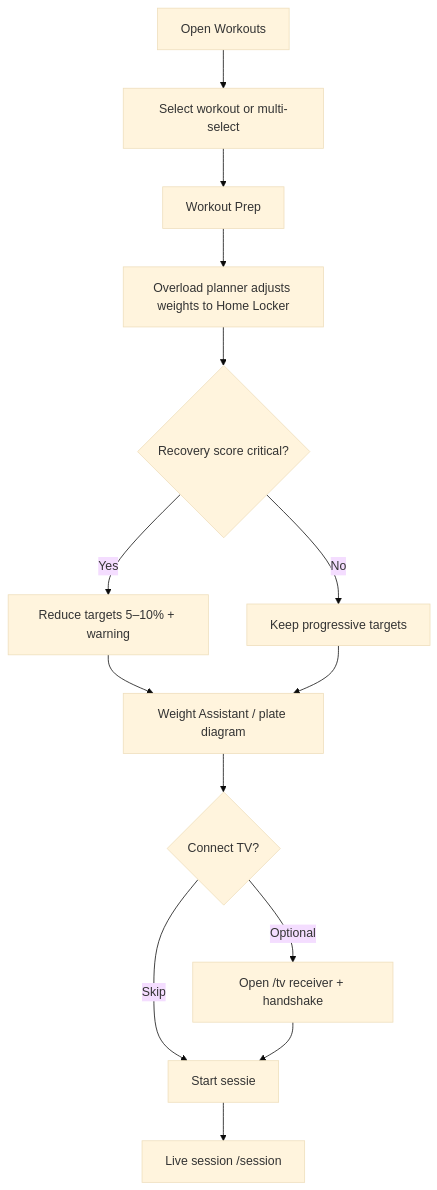
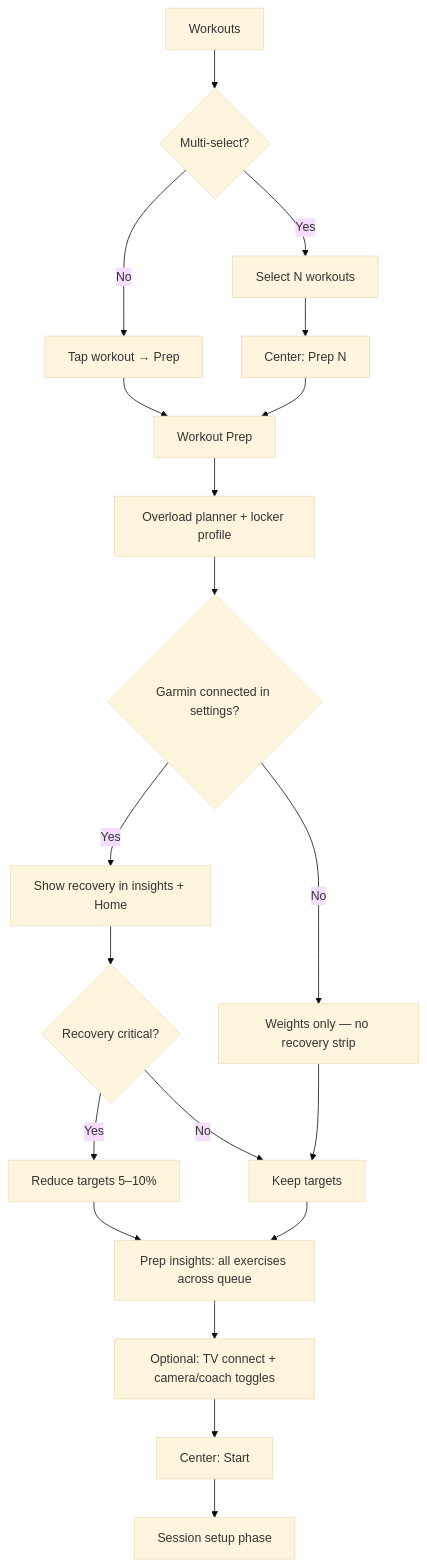
The second of 5 diagrams in ARCHITECTURE.md (ingmarstruijs/solo), drawn with Mermaid (base theme) before and after one commit. The commit also changed other lines of this file and 12 other files, not shown here.

First line of the commit message:
Refine session nav UX and sync architecture docs with README.

````diff
--- a/ARCHITECTURE.md
+++ b/ARCHITECTURE.md
@@ -30,16 +65,22 @@
 ```mermaid
 graph TD
-  A[Open Workouts] --> B[Select workout or multi-select]
-  B --> C[Workout Prep]
-  C --> D[Overload planner adjusts weights to Home Locker]
-  D --> E{Recovery score critical?}
-  E -- Yes --> F[Reduce targets 5–10% + warning]
-  E -- No --> G[Keep progressive targets]
-  F --> H[Weight Assistant / plate diagram]
-  G --> H
-  H --> I{Connect TV?}
-  I -- Optional --> J[Open /tv receiver + handshake]
-  I -- Skip --> K[Start sessie]
-  J --> K
-  K --> L[Live session /session]
+  A[Workouts] --> B{Multi-select?}
+  B -- No --> C[Tap workout → Prep]
+  B -- Yes --> D[Select N workouts]
+  D --> E[Center: Prep N]
+  C --> F[Workout Prep]
+  E --> F
+  F --> G[Overload planner + locker profile]
+  G --> H{Garmin connected in settings?}
+  H -- Yes --> I[Show recovery in insights + Home]
+  H -- No --> J[Weights only — no recovery strip]
+  I --> K{Recovery critical?}
+  K -- Yes --> L[Reduce targets 5–10%]
+  K -- No --> M[Keep targets]
+  J --> M
+  L --> N[Prep insights: all exercises across queue]
+  M --> N
+  N --> O[Optional: TV connect + camera/coach toggles]
+  O --> P[Center: Start]
+  P --> Q[Session setup phase]
 ```
````
